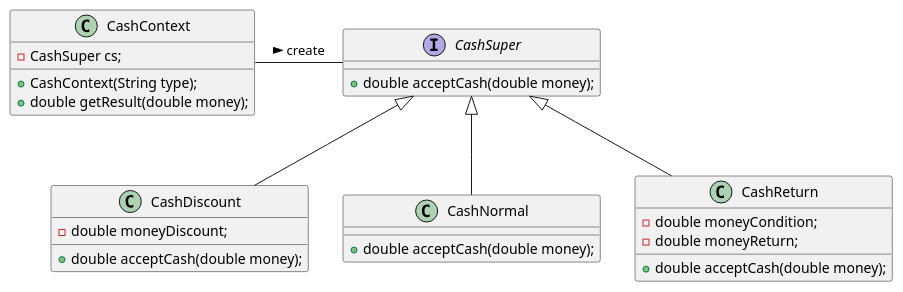
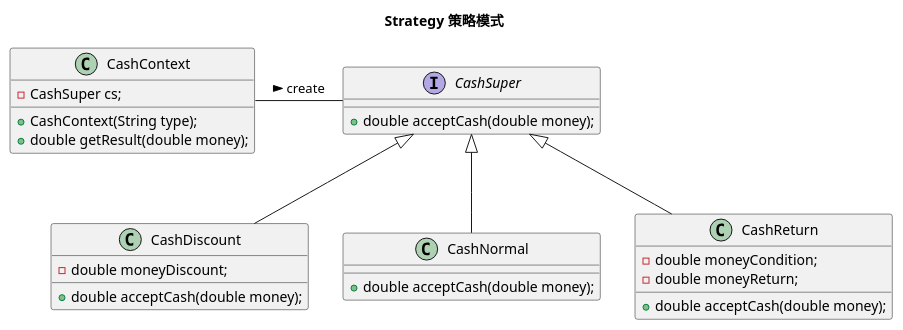
One commit to xny838754132/designPatterns changed the diagram in src/com/nai/strategy/Strategy.puml. Above: the diagram before and after it, drawn with PlantUML. The commit also changed 2 other files, not shown here.

Commit message:
desc : init uml

```diff
--- a/src/com/nai/strategy/Strategy.puml
+++ b/src/com/nai/strategy/Strategy.puml
@@ -1,34 +1,36 @@
 @startuml
 'https://plantuml.com/class-diagram
+
+title Strategy 策略模式
 
 class CashContext{
     -CashSuper cs;
     +CashContext(String type);
     +double getResult(double money);
 }
 
 interface CashSuper{
     +double acceptCash(double money);
 }
 
 class CashDiscount extends CashSuper{
     -double moneyDiscount;
     +double acceptCash(double money);
 }
 
 class CashNormal extends CashSuper{
     +double acceptCash(double money);
 }
 
 class CashReturn extends CashSuper{
     -double moneyCondition;
     -double moneyReturn;
     +double acceptCash(double money);
 }
 
 
 CashContext - CashSuper: create >
 
 
 
 @enduml
```
